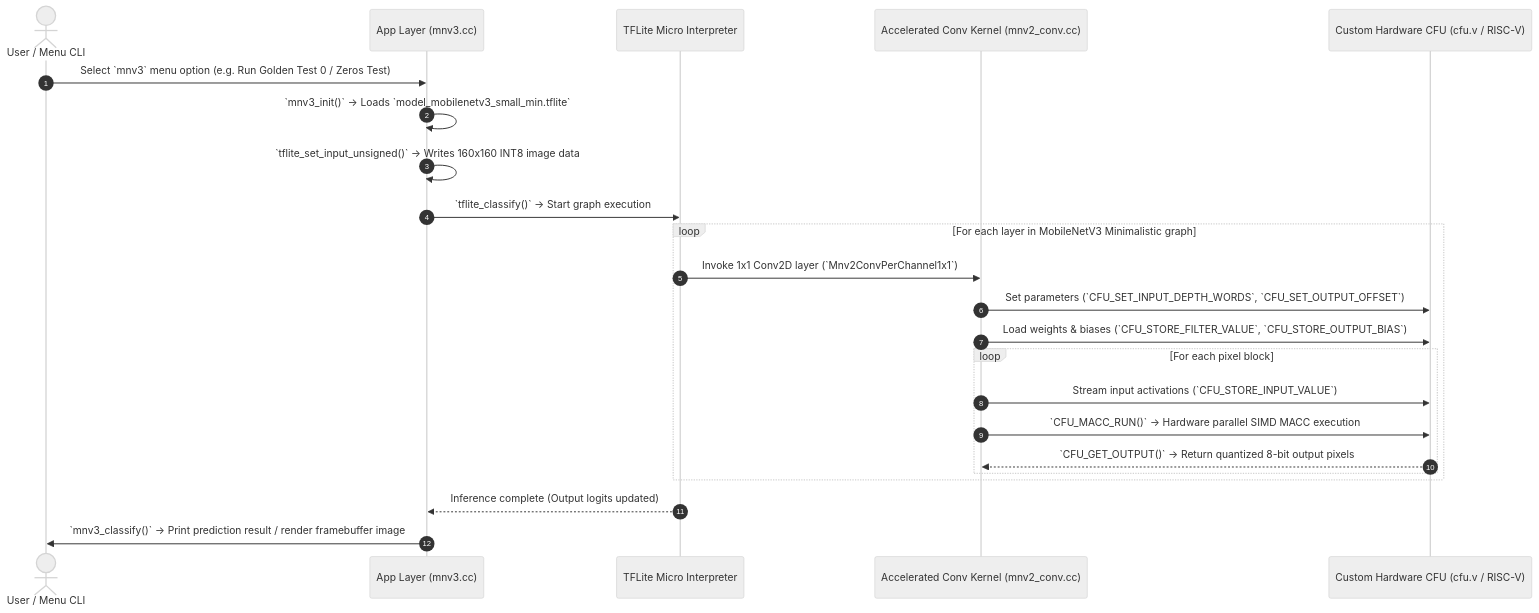
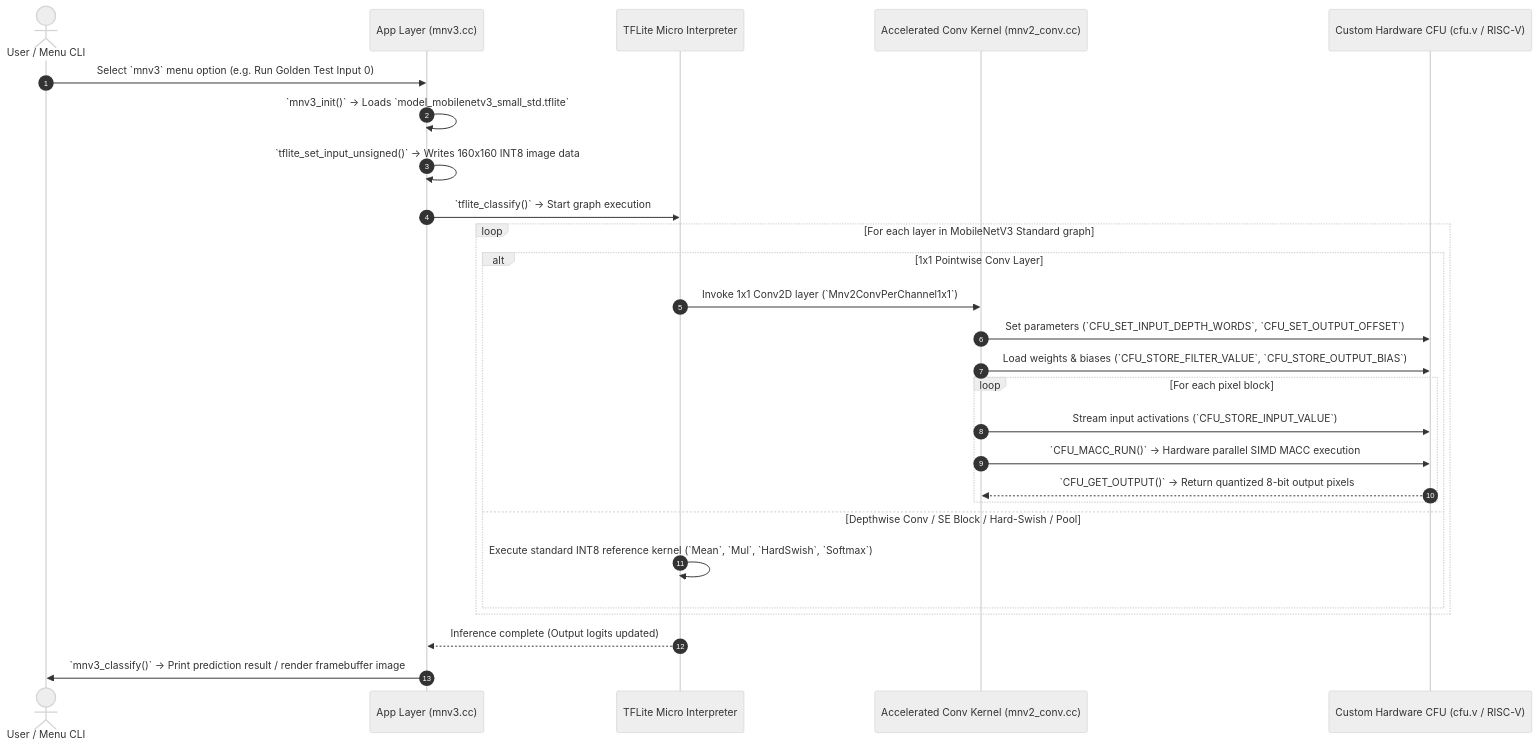
Before and after one commit to StephanBalasuriya/CFU-Playground: the diagram in proj/mnv2_first/README_MOBILENETV3_FLOW.md, drawn with Mermaid (neutral theme). The commit also changed other lines of this file and 14 other files, not shown here.

Commit message:
feat: update to MobileNetV3 standard model and refactor TFLite Micro interpreter integration( In the middle of coding)

````diff
--- a/proj/mnv2_first/README_MOBILENETV3_FLOW.md
+++ b/proj/mnv2_first/README_MOBILENETV3_FLOW.md
@@ -22,28 +33,32 @@
 ```mermaid
 sequenceDiagram
     autonumber
     actor User as User / Menu CLI
     participant App as App Layer (mnv3.cc)
     participant TFLM as TFLite Micro Interpreter
     participant Kernel as Accelerated Conv Kernel (mnv2_conv.cc)
     participant CFU as Custom Hardware CFU (cfu.v / RISC-V)
 
-    User->>App: Select `mnv3` menu option (e.g. Run Golden Test 0 / Zeros Test)
-    App->>App: `mnv3_init()` -> Loads `model_mobilenetv3_small_min.tflite`
+    User->>App: Select `mnv3` menu option (e.g. Run Golden Test Input 0)
+    App->>App: `mnv3_init()` -> Loads `model_mobilenetv3_small_std.tflite`
     App->>App: `tflite_set_input_unsigned()` -> Writes 160x160 INT8 image data
     App->>TFLM: `tflite_classify()` -> Start graph execution
     
-    loop For each layer in MobileNetV3 Minimalistic graph
-        TFLM->>Kernel: Invoke 1x1 Conv2D layer (`Mnv2ConvPerChannel1x1`)
-        Kernel->>CFU: Set parameters (`CFU_SET_INPUT_DEPTH_WORDS`, `CFU_SET_OUTPUT_OFFSET`)
-        Kernel->>CFU: Load weights & biases (`CFU_STORE_FILTER_VALUE`, `CFU_STORE_OUTPUT_BIAS`)
-        loop For each pixel block
-            Kernel->>CFU: Stream input activations (`CFU_STORE_INPUT_VALUE`)
-            Kernel->>CFU: `CFU_MACC_RUN()` -> Hardware parallel SIMD MACC execution
-            CFU-->>Kernel: `CFU_GET_OUTPUT()` -> Return quantized 8-bit output pixels
+    loop For each layer in MobileNetV3 Standard graph
+        alt 1x1 Pointwise Conv Layer
+            TFLM->>Kernel: Invoke 1x1 Conv2D layer (`Mnv2ConvPerChannel1x1`)
+            Kernel->>CFU: Set parameters (`CFU_SET_INPUT_DEPTH_WORDS`, `CFU_SET_OUTPUT_OFFSET`)
+            Kernel->>CFU: Load weights & biases (`CFU_STORE_FILTER_VALUE`, `CFU_STORE_OUTPUT_BIAS`)
+            loop For each pixel block
+                Kernel->>CFU: Stream input activations (`CFU_STORE_INPUT_VALUE`)
+                Kernel->>CFU: `CFU_MACC_RUN()` -> Hardware parallel SIMD MACC execution
+                CFU-->>Kernel: `CFU_GET_OUTPUT()` -> Return quantized 8-bit output pixels
+            end
+        else Depthwise Conv / SE Block / Hard-Swish / Pool
+            TFLM->>TFLM: Execute standard INT8 reference kernel (`Mean`, `Mul`, `HardSwish`, `Softmax`)
         end
     end
 
     TFLM-->>App: Inference complete (Output logits updated)
     App->>User: `mnv3_classify()` -> Print prediction result / render framebuffer image
 ```
````
